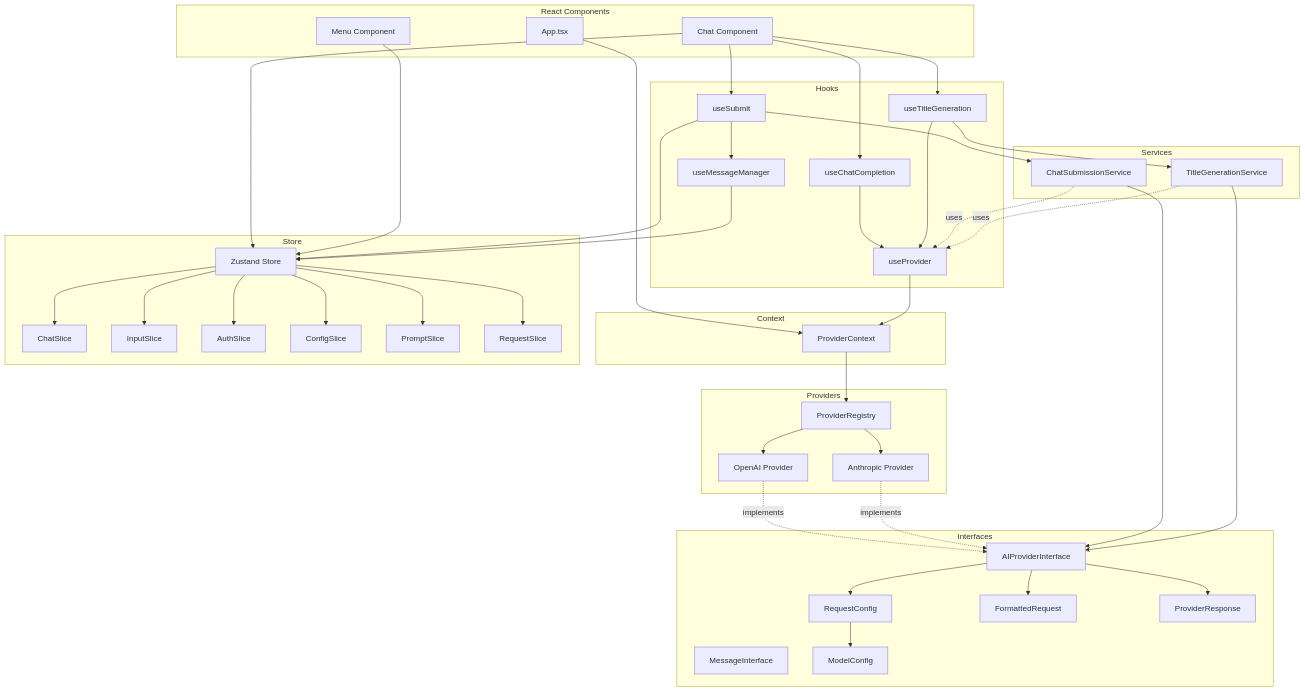
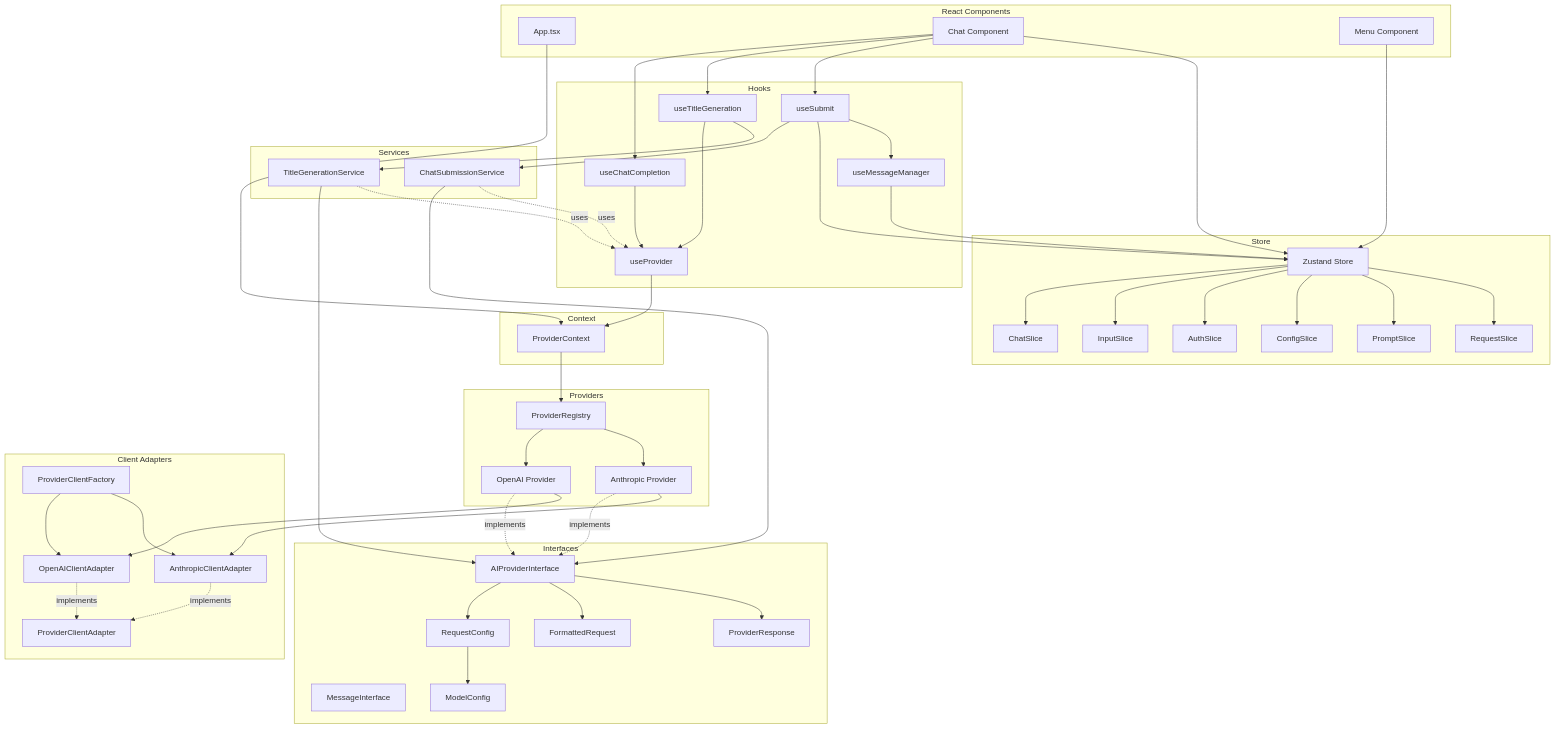
The first of 3 diagrams in doc_interfaces.md (m1981/mychat), drawn with Mermaid before and after one commit. The commit also changed other lines of this file and 42 other files, not shown here.

Commit message:
Refactor - Local streaming and title works for both Anthropic and OpenAI

```diff
--- a/doc_interfaces.md
+++ b/doc_interfaces.md
@@ -31,6 +31,13 @@
         PR[ProviderRegistry]
         OP[OpenAI Provider]
         AP[Anthropic Provider]
+    end
+
+    subgraph "Client Adapters"
+        PCA[ProviderClientAdapter]
+        OAICA[OpenAIClientAdapter]
+        AACA[AnthropicClientAdapter]
+        PCF[ProviderClientFactory]
     end
 
     subgraph "Interfaces"
@@ -68,6 +75,14 @@
     OP -.implements.-> API
     AP -.implements.-> API
 
+    %% Client adapter relationships
+    OP --> OAICA
+    AP --> AACA
+    OAICA -.implements.-> PCA
+    AACA -.implements.-> PCA
+    PCF --> OAICA
+    PCF --> AACA
+
     %% Hook dependencies
     Chat --> UCC
     Chat --> UTG
```
